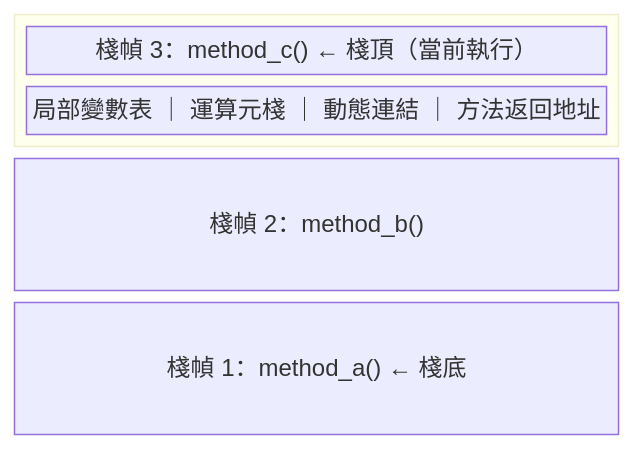
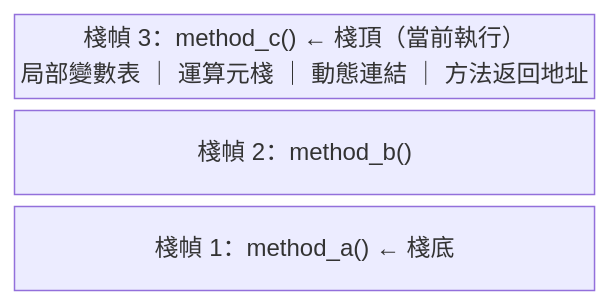
Before and after one commit to AnthonyFuFu/StudyNotes: the second of 3 diagrams in docs/java/jvm/memory-areas.md, drawn with Mermaid. The commit also changed other lines of this file and 43 other files, not shown here.

````diff
--- a/docs/java/jvm/memory-areas.md
+++ b/docs/java/jvm/memory-areas.md
@@ -35,11 +35,7 @@
 ``` mermaid
 block-beta
     columns 1
-    block:top
-        columns 1
-        f3["棧幀 3：method_c() ← 棧頂（當前執行）"]
-        detail["局部變數表 ｜ 運算元棧 ｜ 動態連結 ｜ 方法返回地址"]
-    end
+    f3["棧幀 3：method_c() ← 棧頂（當前執行）<br>局部變數表 ｜ 運算元棧 ｜ 動態連結 ｜ 方法返回地址"]
     f2["棧幀 2：method_b()"]
     f1["棧幀 1：method_a() ← 棧底"]
 ```
````
